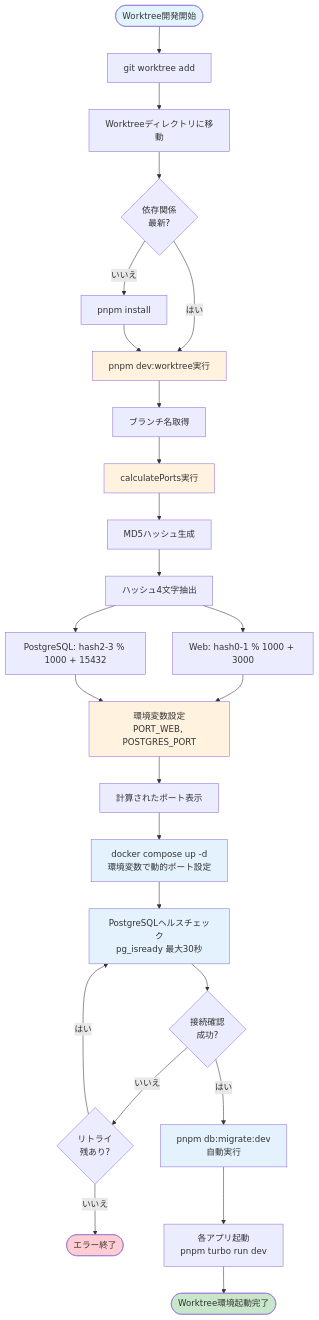
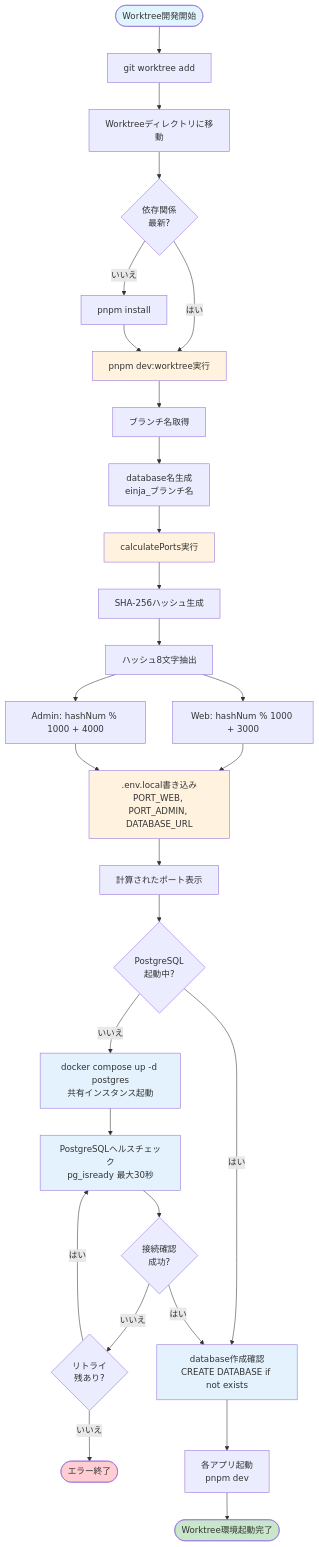
One commit to einja-inc/einja-management-template changed the second of 3 diagrams in docs/instructions/local-server-environment-and-worktree.md. Above: the diagram before and after it, drawn with Mermaid. The commit also changed other lines of this file and 17 other files, not shown here.

````diff
--- a/docs/instructions/local-server-environment-and-worktree.md
+++ b/docs/instructions/local-server-environment-and-worktree.md
@@ -323,41 +346,44 @@
 ```mermaid
 flowchart TD
     Start([Worktree開発開始]) --> CreateWorktree[git worktree add]
     CreateWorktree --> CDWorktree[Worktreeディレクトリに移動]
     CDWorktree --> CheckDeps{依存関係<br/>最新?}
     CheckDeps -->|いいえ| InstallDeps[pnpm install]
     CheckDeps -->|はい| DevWorktree
     InstallDeps --> DevWorktree[pnpm dev:worktree実行]
 
     DevWorktree --> GetBranch[ブランチ名取得]
-    GetBranch --> CalcPorts[calculatePorts実行]
-    CalcPorts --> HashBranch[MD5ハッシュ生成]
-    HashBranch --> ExtractHash[ハッシュ4文字抽出]
-    ExtractHash --> CalcWeb[Web: hash0-1 % 1000 + 3000]
-    ExtractHash --> CalcPG[PostgreSQL: hash2-3 % 1000 + 15432]
+    GetBranch --> GenDbName[database名生成<br/>einja_ブランチ名]
+    GenDbName --> CalcPorts[calculatePorts実行]
+    CalcPorts --> HashBranch[SHA-256ハッシュ生成]
+    HashBranch --> ExtractHash[ハッシュ8文字抽出]
+    ExtractHash --> CalcWeb[Web: hashNum % 1000 + 3000]
+    ExtractHash --> CalcAdmin[Admin: hashNum % 1000 + 4000]
 
-    CalcWeb --> SetEnv[環境変数設定<br/>PORT_WEB, POSTGRES_PORT]
-    CalcPG --> SetEnv
+    CalcWeb --> SetEnv[.env.local書き込み<br/>PORT_WEB, PORT_ADMIN, DATABASE_URL]
+    CalcAdmin --> SetEnv
 
     SetEnv --> DisplayPorts[計算されたポート表示]
-    DisplayPorts --> StartPG[docker compose up -d<br/>環境変数で動的ポート設定]
+    DisplayPorts --> CheckPG{PostgreSQL<br/>起動中?}
+    CheckPG -->|いいえ| StartPG[docker compose up -d postgres<br/>共有インスタンス起動]
+    CheckPG -->|はい| CreateDB
     StartPG --> HealthCheck[PostgreSQLヘルスチェック<br/>pg_isready 最大30秒]
-    HealthCheck --> CheckPG{接続確認<br/>成功?}
-    CheckPG -->|いいえ| Retry{リトライ<br/>残あり?}
+    HealthCheck --> CheckHealth{接続確認<br/>成功?}
+    CheckHealth -->|いいえ| Retry{リトライ<br/>残あり?}
     Retry -->|はい| HealthCheck
     Retry -->|いいえ| Error([エラー終了])
-    CheckPG -->|はい| Migrate[pnpm db:migrate:dev<br/>自動実行]
+    CheckHealth -->|はい| CreateDB[database作成確認<br/>CREATE DATABASE if not exists]
 
-    Migrate --> StartApps[各アプリ起動<br/>pnpm turbo run dev]
+    CreateDB --> StartApps[各アプリ起動<br/>pnpm dev]
     StartApps --> Complete([Worktree環境起動完了])
 
     style Start fill:#e1f5ff
     style Complete fill:#c8e6c9
     style DevWorktree fill:#fff3e0
     style CalcPorts fill:#fff3e0
     style SetEnv fill:#fff3e0
     style StartPG fill:#e3f2fd
     style HealthCheck fill:#e3f2fd
-    style Migrate fill:#e3f2fd
+    style CreateDB fill:#e3f2fd
     style Error fill:#ffcdd2
 ```
````
